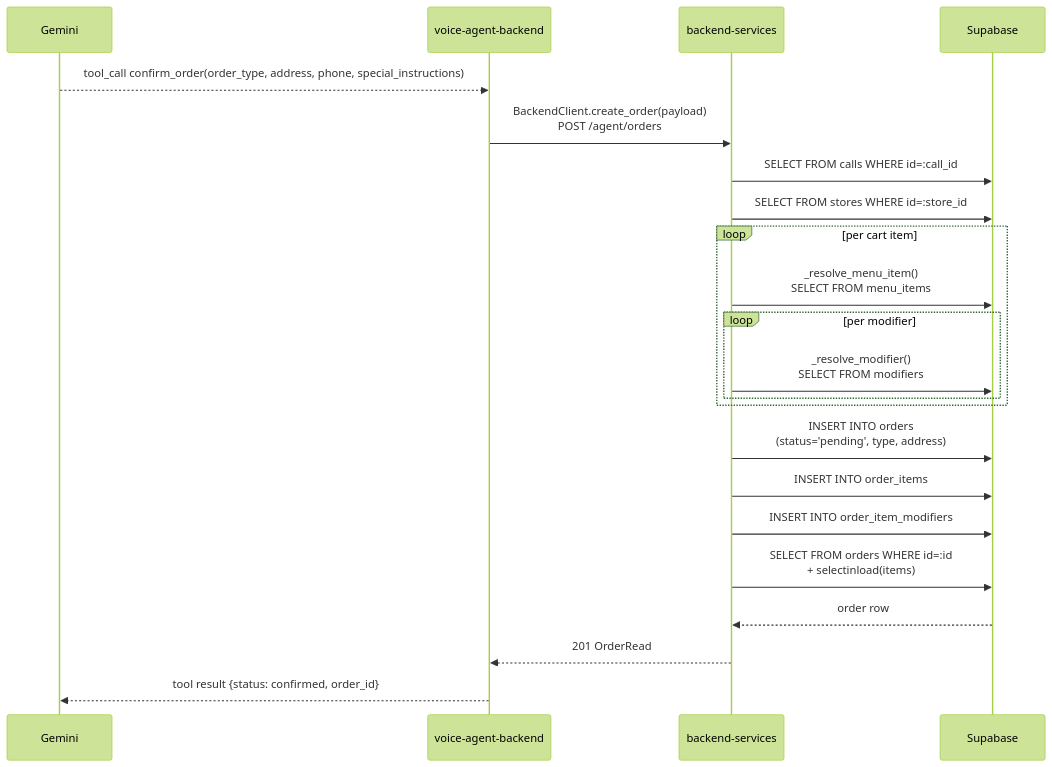
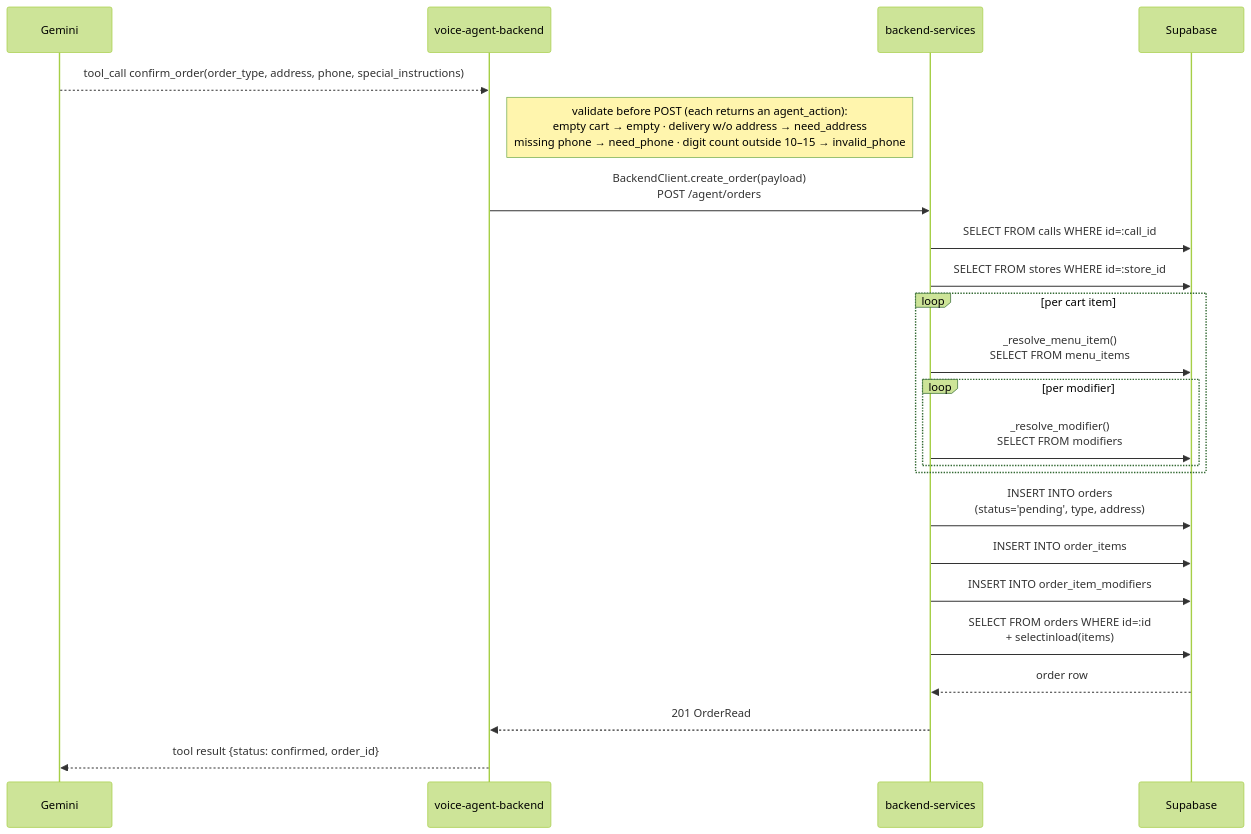
One commit to voco-dine/org-wiki changed the seventh of 10 diagrams in docs/system-specification/sequence.md. Above: the diagram before and after it, drawn with Mermaid (forest theme). The commit also changed other lines of this file and 3 other files, not shown here.

````diff
--- a/docs/system-specification/sequence.md
+++ b/docs/system-specification/sequence.md
@@ -171,25 +174,26 @@
 ```mermaid
 sequenceDiagram
     participant GR as Gemini
     participant VA as voice-agent-backend
     participant BS as backend-services
     participant DB as Supabase
 
     GR-->>VA: tool_call confirm_order(order_type, address, phone, special_instructions)
+    Note right of VA: validate before POST (each returns an agent_action):<br/>empty cart → empty · delivery w/o address → need_address<br/>missing phone → need_phone · digit count outside 10–15 → invalid_phone
     VA->>BS: BackendClient.create_order(payload)<br/>POST /agent/orders
     BS->>DB: SELECT FROM calls WHERE id=:call_id
     BS->>DB: SELECT FROM stores WHERE id=:store_id
     loop per cart item
         BS->>DB: _resolve_menu_item()<br/>SELECT FROM menu_items
         loop per modifier
             BS->>DB: _resolve_modifier()<br/>SELECT FROM modifiers
         end
     end
     BS->>DB: INSERT INTO orders<br/>(status='pending', type, address)
     BS->>DB: INSERT INTO order_items
     BS->>DB: INSERT INTO order_item_modifiers
     BS->>DB: SELECT FROM orders WHERE id=:id<br/>+ selectinload(items)
     DB-->>BS: order row
     BS-->>VA: 201 OrderRead
     VA-->>GR: tool result {status: confirmed, order_id}
 ```
````
